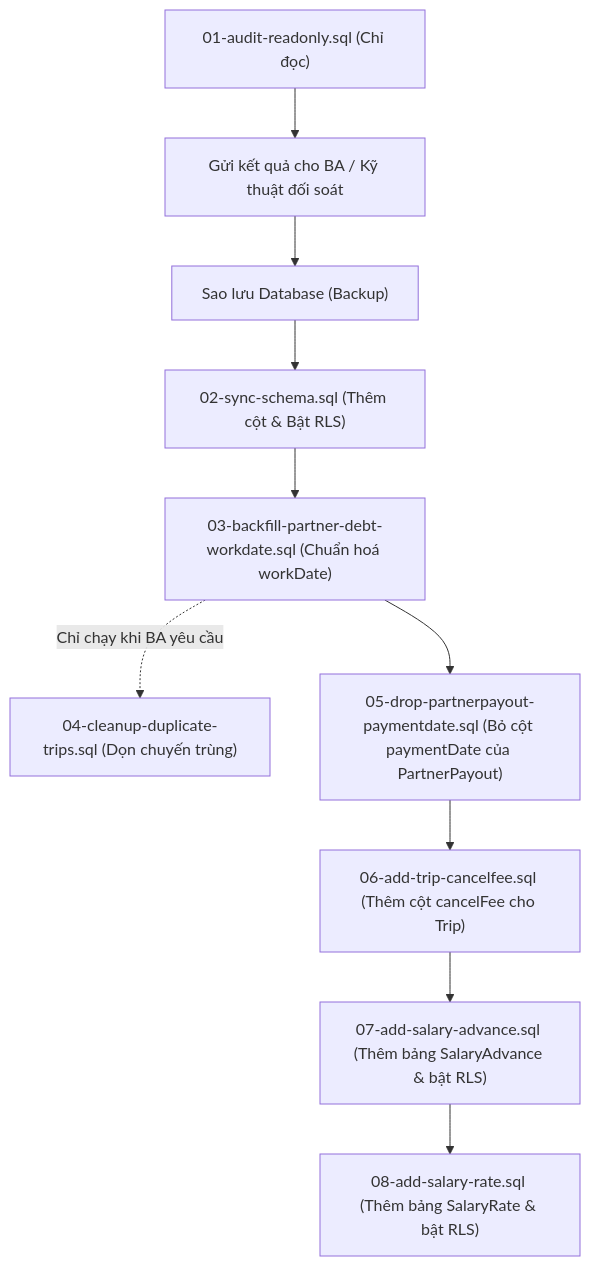
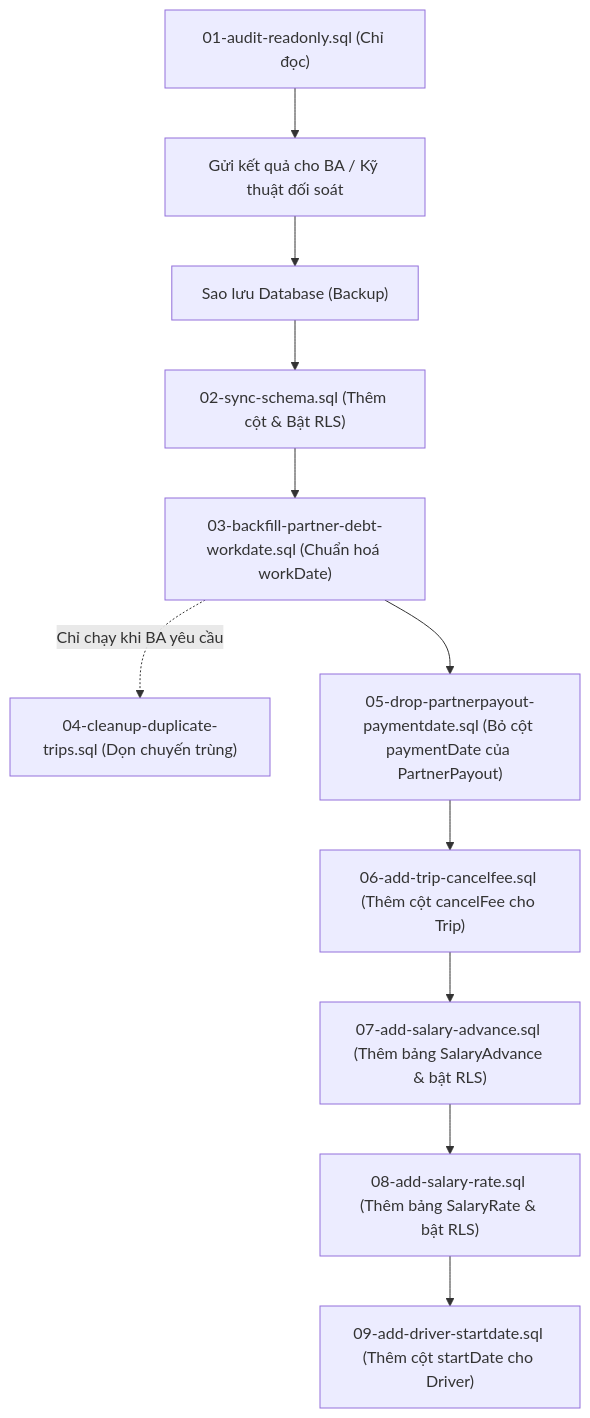
One commit to xuanthai-work/CarMS changed the diagram in web/supabase/scripts/README.md. Above: the diagram before and after it, drawn with Mermaid. The commit also changed other lines of this file and 14 other files, not shown here.

````diff
--- a/web/supabase/scripts/README.md
+++ b/web/supabase/scripts/README.md
@@ -15,12 +15,13 @@
 ```mermaid
 flowchart TD
     A["01-audit-readonly.sql (Chỉ đọc)"] --> B["Gửi kết quả cho BA / Kỹ thuật đối soát"]
     B --> C["Sao lưu Database (Backup)"]
     C --> D["02-sync-schema.sql (Thêm cột & Bật RLS)"]
     D --> E["03-backfill-partner-debt-workdate.sql (Chuẩn hoá workDate)"]
     E -.->|Chỉ chạy khi BA yêu cầu| F["04-cleanup-duplicate-trips.sql (Dọn chuyến trùng)"]
     E --> G["05-drop-partnerpayout-paymentdate.sql (Bỏ cột paymentDate của PartnerPayout)"]
     G --> H["06-add-trip-cancelfee.sql (Thêm cột cancelFee cho Trip)"]
     H --> I["07-add-salary-advance.sql (Thêm bảng SalaryAdvance & bật RLS)"]
     I --> J["08-add-salary-rate.sql (Thêm bảng SalaryRate & bật RLS)"]
+    J --> K["09-add-driver-startdate.sql (Thêm cột startDate cho Driver)"]
 ```
````
